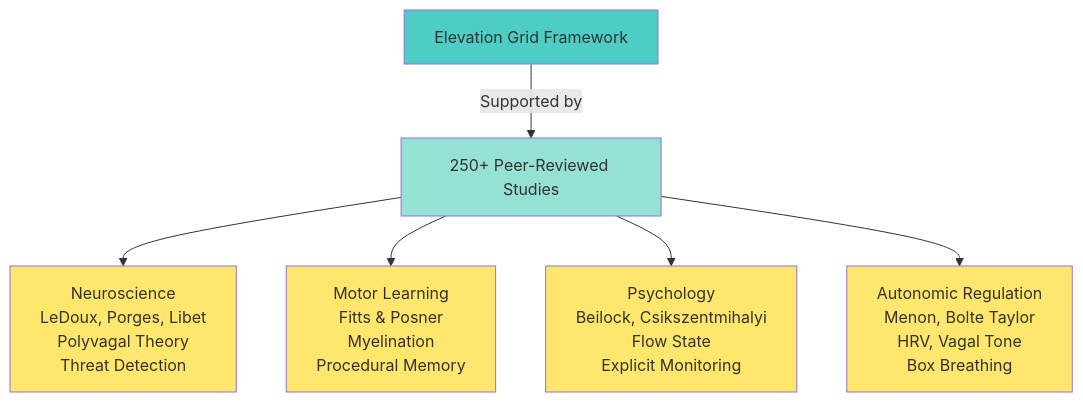
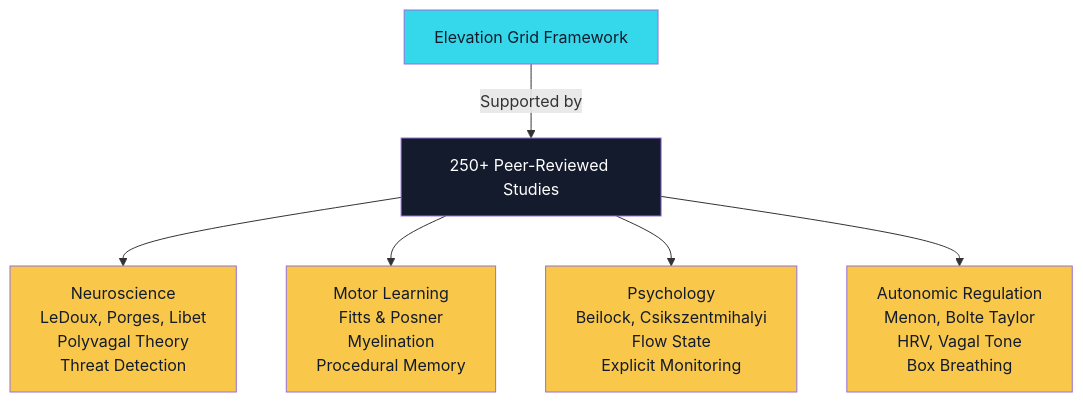
Before and after one commit to Feirbrand/synoeticos-public: the sixth of 6 diagrams in docs/elevation-grid/index.qmd, drawn with Mermaid. The commit also changed other lines of this file and 2 other files, not shown here.

````diff
--- a/docs/elevation-grid/index.qmd
+++ b/docs/elevation-grid/index.qmd
@@ -155,16 +160,16 @@
 ```{mermaid}
 graph TD
     A["Elevation Grid Framework"] -->|"Supported by"| B["250+ Peer-Reviewed Studies"]
     
     B --> C["Neuroscience<br/>LeDoux, Porges, Libet<br/>Polyvagal Theory<br/>Threat Detection"]
     B --> D["Motor Learning<br/>Fitts & Posner<br/>Myelination<br/>Procedural Memory"]
     B --> E["Psychology<br/>Beilock, Csikszentmihalyi<br/>Flow State<br/>Explicit Monitoring"]
     B --> F["Autonomic Regulation<br/>Menon, Bolte Taylor<br/>HRV, Vagal Tone<br/>Box Breathing"]
     
-    style A fill:#4ecdc4
-    style B fill:#95e1d3
-    style C fill:#ffe66d
-    style D fill:#ffe66d
-    style E fill:#ffe66d
-    style F fill:#ffe66d
+    style A fill:#34D8EA,color:#131B2C
+    style B fill:#131B2C,color:#FFFFFF
+    style C fill:#F9C84A,color:#131B2C
+    style D fill:#F9C84A,color:#131B2C
+    style E fill:#F9C84A,color:#131B2C
+    style F fill:#F9C84A,color:#131B2C
 ```
````
